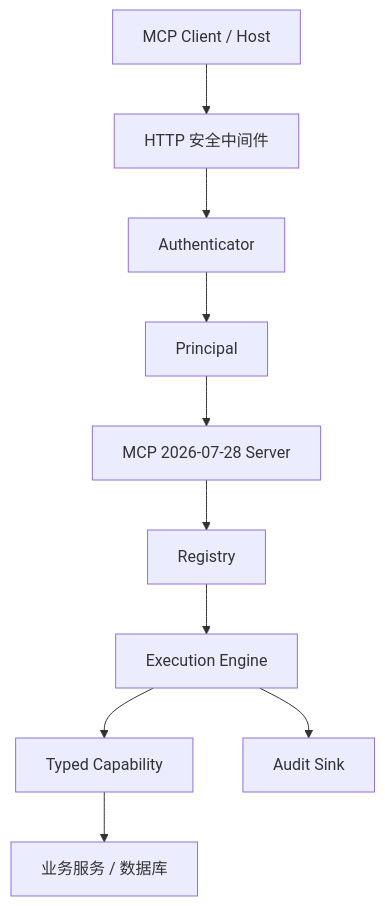
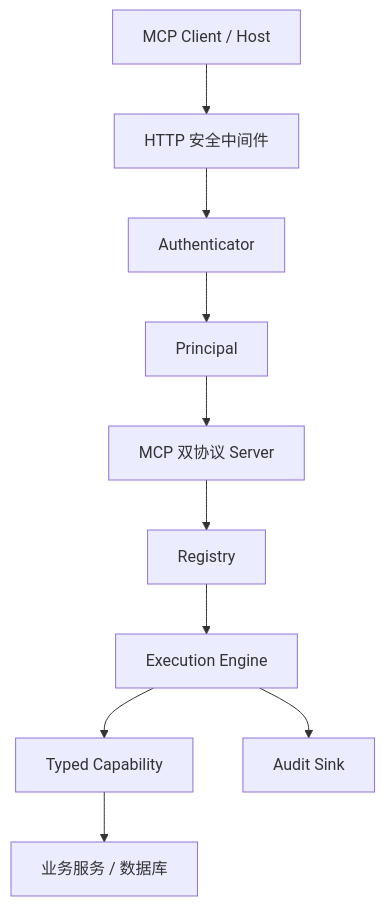
The first of 2 diagrams in docs/EACG_技术架构与设计文档.md (cymomaker/eacg), drawn with Mermaid before and after one commit. The commit also changed other lines of this file and 8 other files, not shown here.

````diff
--- a/docs/EACG_技术架构与设计文档.md
+++ b/docs/EACG_技术架构与设计文档.md
@@ -18,12 +18,12 @@
 ```mermaid
 flowchart TD
     C["MCP Client / Host"] --> H["HTTP 安全中间件"]
     H --> A["Authenticator"]
     A --> P["Principal"]
-    P --> M["MCP 2026-07-28 Server"]
+    P --> M["MCP 双协议 Server"]
     M --> R["Registry"]
     R --> E["Execution Engine"]
     E --> T["Typed Capability"]
     T --> B["业务服务 / 数据库"]
     E --> U["Audit Sink"]
 ```
````
